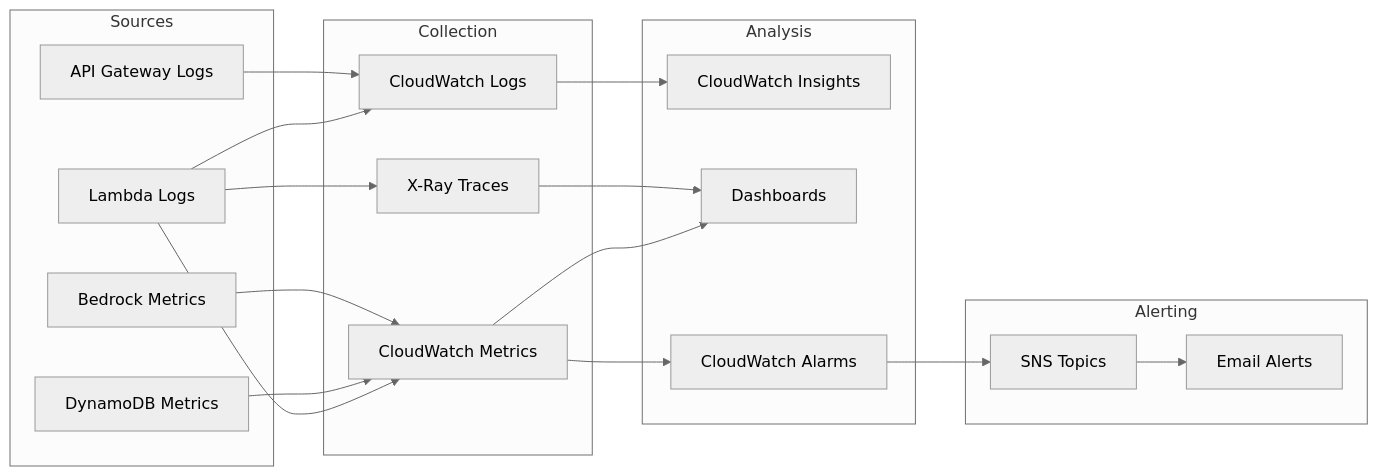
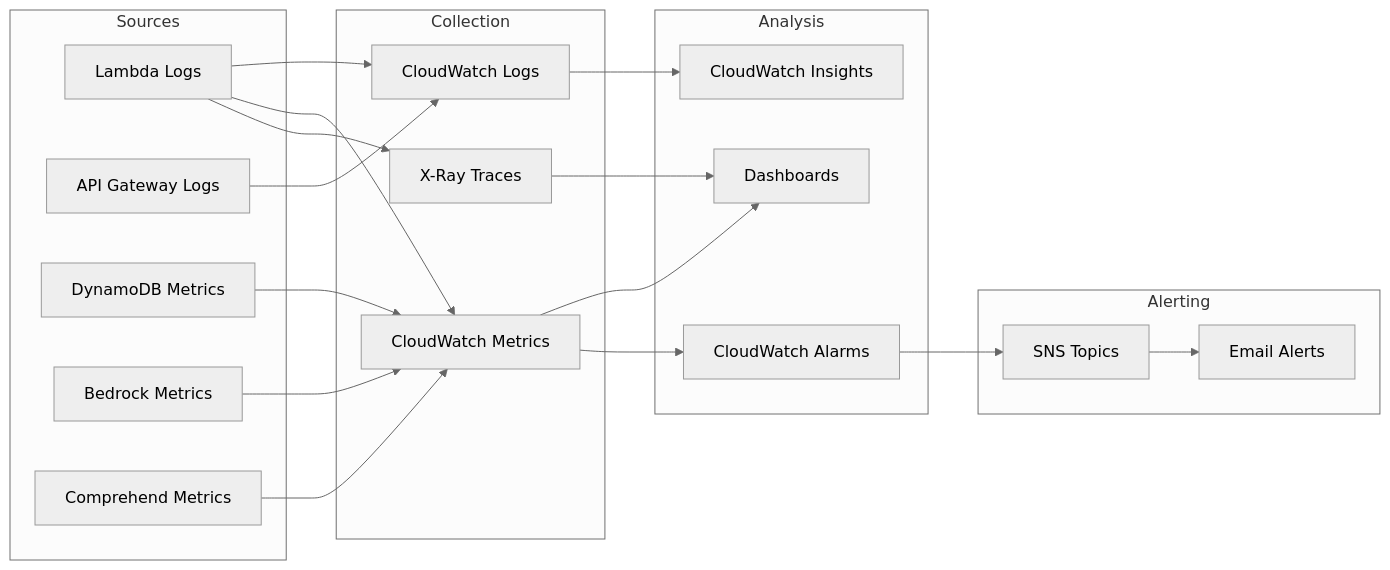
Before and after one commit to jujubear24/ai-customer-service-bot: the eighth of 9 diagrams in docs/architecture/system-design.md, drawn with Mermaid (neutral theme). The commit also changed other lines of this file and 3 other files, not shown here.

````diff
--- a/docs/architecture/system-design.md
+++ b/docs/architecture/system-design.md
@@ -546,41 +721,43 @@
 ```mermaid
 flowchart LR
     subgraph Sources
         LAMBDA[Lambda Logs]
         APIGW[API Gateway Logs]
         DDB[DynamoDB Metrics]
         BEDROCK[Bedrock Metrics]
+        COMPREHEND[Comprehend Metrics]
     end
 
     subgraph Collection
         CW_LOGS[CloudWatch Logs]
         CW_METRICS[CloudWatch Metrics]
         XRAY[X-Ray Traces]
     end
 
     subgraph Analysis
         INSIGHTS[CloudWatch Insights]
         DASH[Dashboards]
         ALARMS[CloudWatch Alarms]
     end
 
     subgraph Alerting
         SNS[SNS Topics]
         EMAIL[Email Alerts]
     end
 
     LAMBDA --> CW_LOGS
     LAMBDA --> CW_METRICS
     LAMBDA --> XRAY
     APIGW --> CW_LOGS
     DDB --> CW_METRICS
     BEDROCK --> CW_METRICS
+    COMPREHEND --> CW_METRICS
 
     CW_LOGS --> INSIGHTS
     CW_METRICS --> DASH
     CW_METRICS --> ALARMS
     XRAY --> DASH
 
     ALARMS --> SNS
     SNS --> EMAIL
 ```
````
